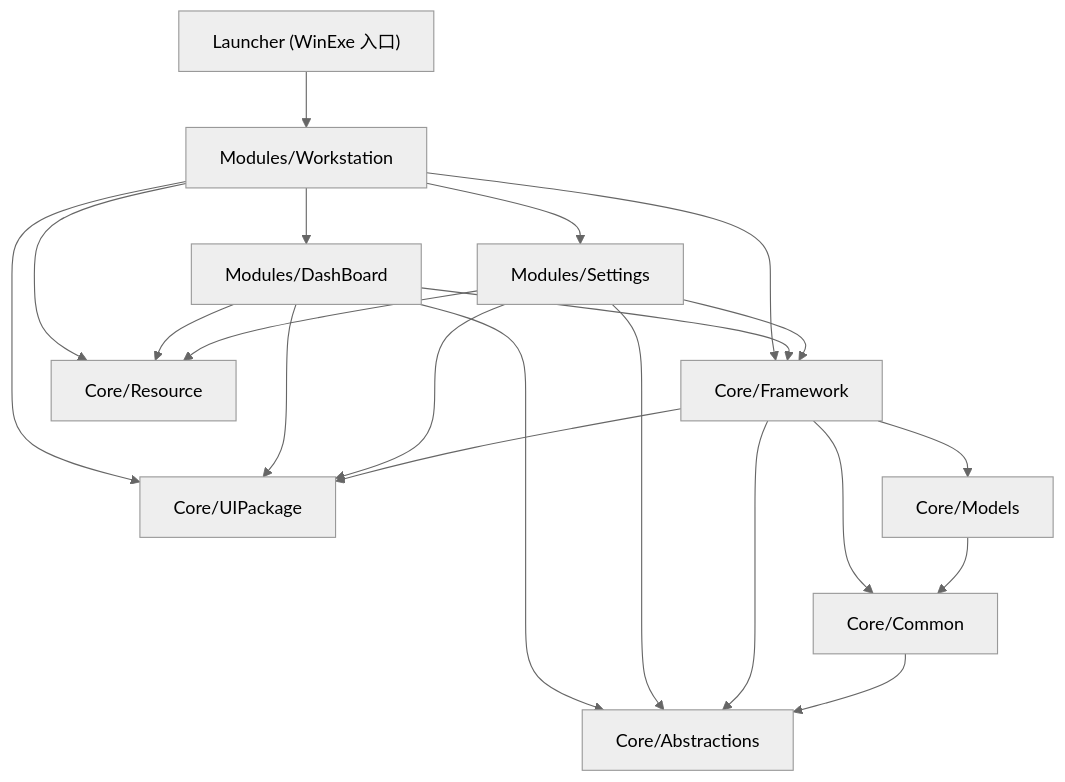
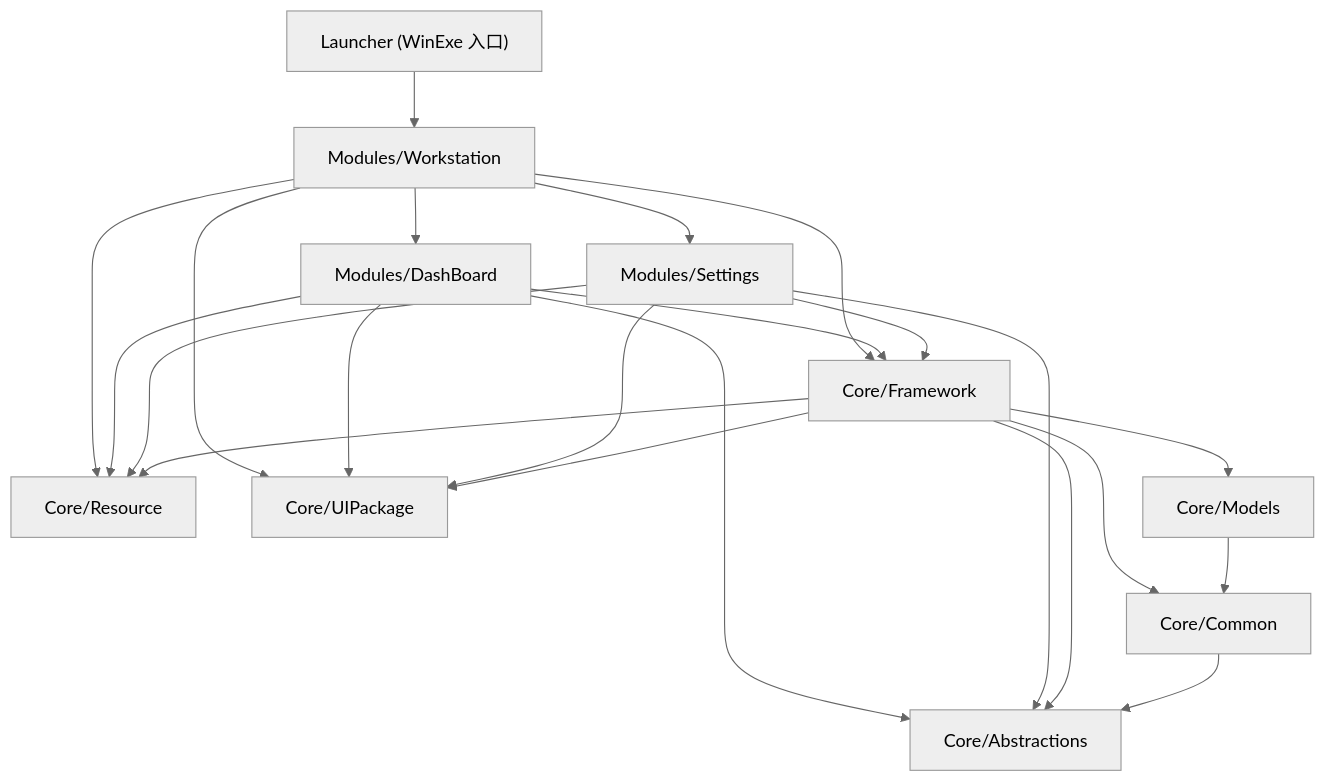
The diagram in docs/analysis/README.md (Ailurus-2233/Digital.Workstation), drawn with Mermaid (neutral theme) before and after one commit. The commit also changed other lines of this file and 100 other files, not shown here.

````diff
--- a/docs/analysis/README.md
+++ b/docs/analysis/README.md
@@ -50,23 +50,24 @@
 ```mermaid
 graph TD
   Launcher["Launcher (WinExe 入口)"] --> WS["Modules/Workstation"]
   WS --> FW["Core/Framework"]
   WS --> Res["Core/Resource"]
   WS --> UIP["Core/UIPackage"]
   WS --> DB["Modules/DashBoard"]
   WS --> ST["Modules/Settings"]
   DB --> Abs["Core/Abstractions"]
   DB --> FW
   DB --> Res
   DB --> UIP
   ST --> Abs
   ST --> FW
   ST --> Res
   ST --> UIP
   FW --> Abs
   FW --> Com["Core/Common"]
   FW --> Mod["Core/Models"]
   FW --> UIP
+  FW --> Res
   Mod --> Com
   Com --> Abs
 ```
````
